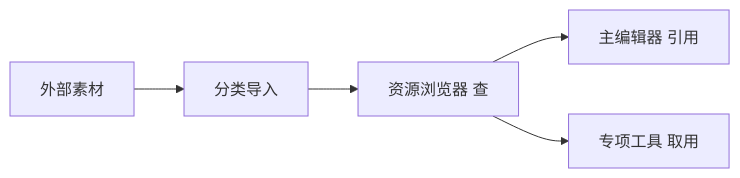
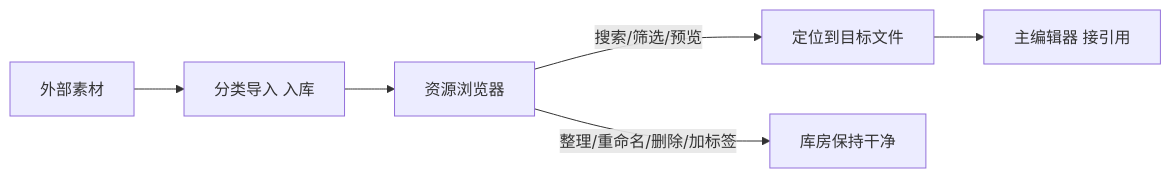
One commit to wubugui/GDoc changed the diagram in docs/editors/asset-domain/asset-browser.md. Above: the diagram before and after it, drawn with Mermaid. The commit also changed other lines of this file and 112 other files, not shown here.

````diff
--- a/docs/editors/asset-domain/asset-browser.md
+++ b/docs/editors/asset-domain/asset-browser.md
@@ -78,7 +36,8 @@
 ```mermaid
 flowchart LR
-  EXT[外部素材] --> ING[分类导入]
-  ING --> BR[资源浏览器 查]
-  BR --> ED[主编辑器 引用]
-  BR --> TOOL[专项工具 取用]
+  EXT[外部素材] --> ING[分类导入 入库]
+  ING --> BR[资源浏览器]
+  BR -->|搜索/筛选/预览| PICK[定位到目标文件]
+  BR -->|整理/重命名/删除/加标签| CLEAN[库房保持干净]
+  PICK --> ED[主编辑器 接引用]
 ```
````
